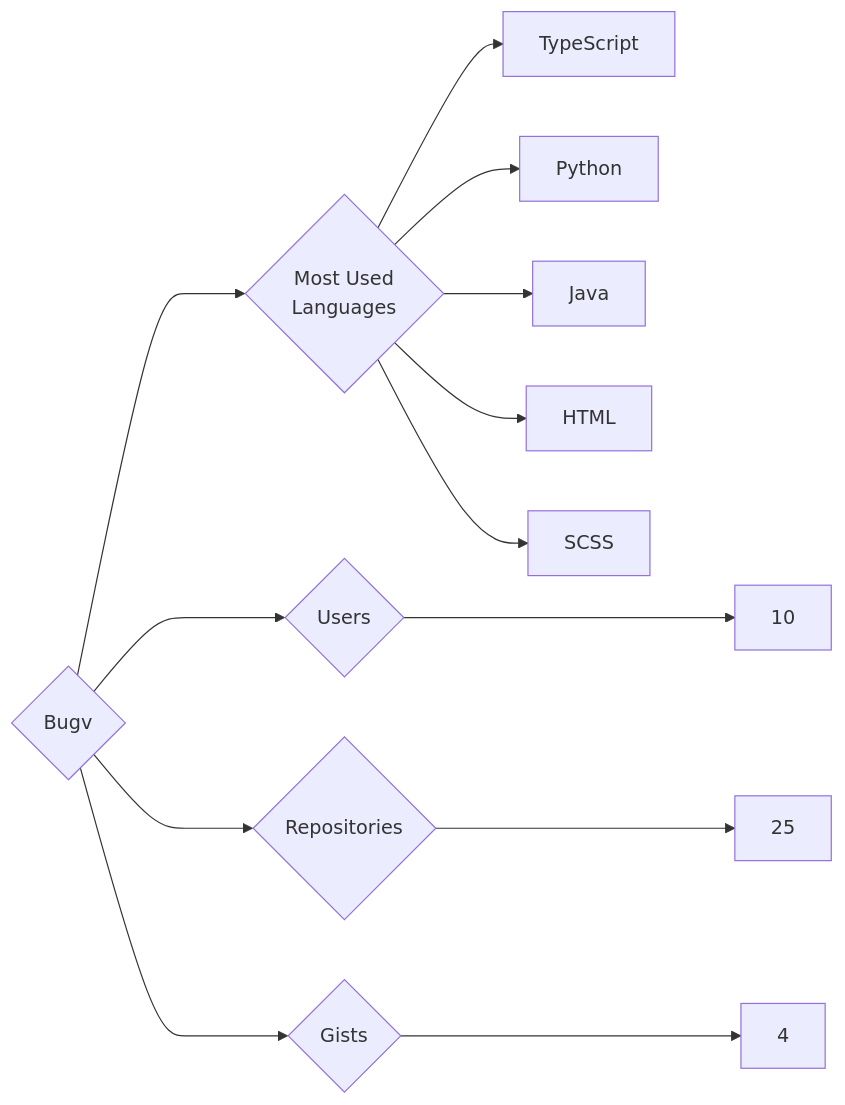
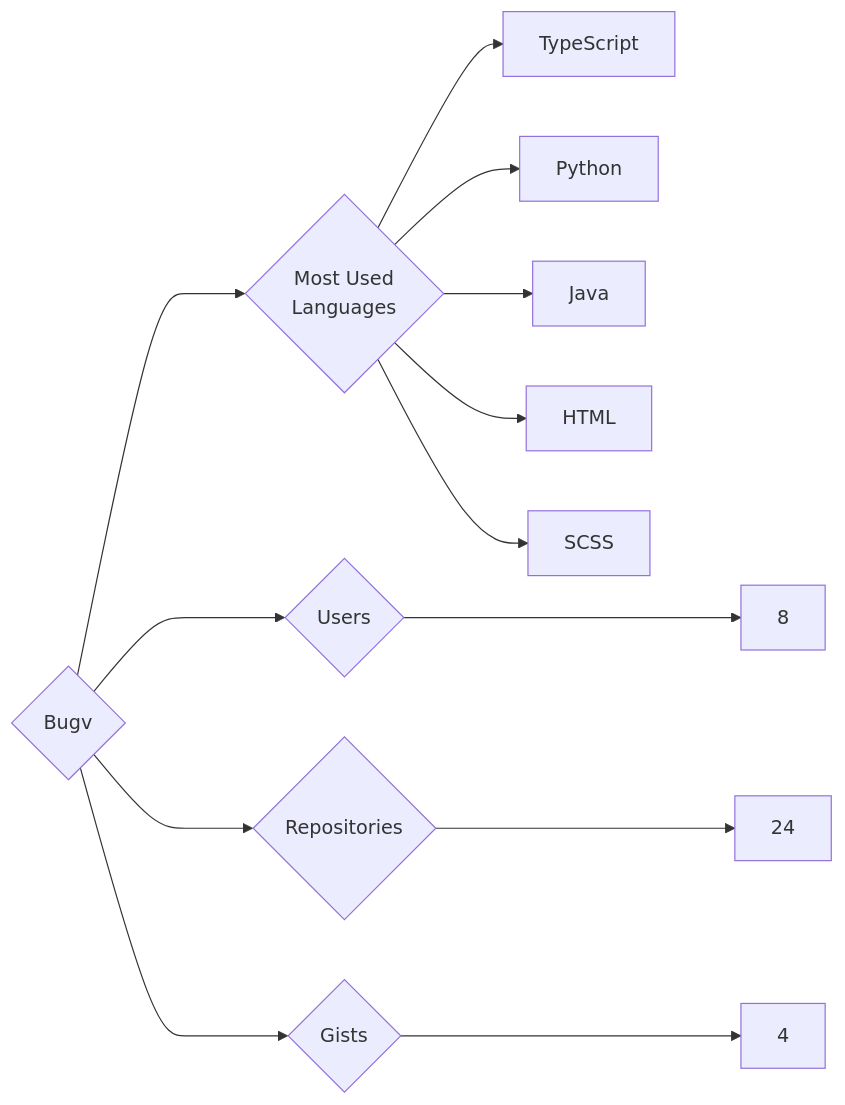
Before and after one commit to trickest/insiders: the diagram in targets/Bugv/README.md, drawn with Mermaid. The commit also changed 859 other files, not shown here.

````diff
--- a/targets/Bugv/README.md
+++ b/targets/Bugv/README.md
@@ -3,13 +3,13 @@
 ```mermaid
 graph LR
 COMPANY_NAME{Bugv}
-COMPANY_NAME ---> U{Users} ---> UN[10]
-COMPANY_NAME ---> R{Repositories} ---> RN[25]
+COMPANY_NAME ---> U{Users} ---> UN[8]
+COMPANY_NAME ---> R{Repositories} ---> RN[24]
 COMPANY_NAME ---> G{Gists} ---> GN[4]
 COMPANY_NAME ---> ML{Most Used<br>Languages}
 ML --> TypeScript[TypeScript]
 ML --> Python[Python]
 ML --> Java[Java]
 ML --> HTML[HTML]
 ML --> SCSS[SCSS]
 ```
````
